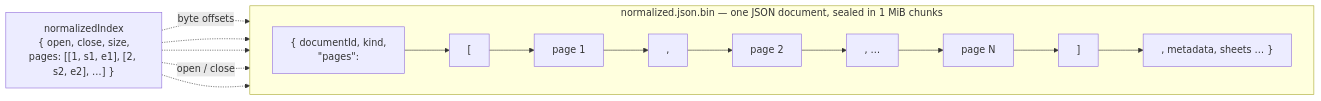
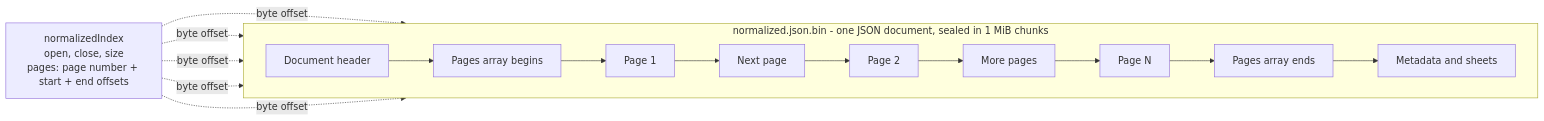
One commit to Anonify-v2-0/Anonify2.0 changed the fourth of 22 diagrams in docs/streaming.md. Above: the diagram before and after it, drawn with Mermaid.

Commit message:
Fix formatting in streaming.md for clarity

````diff
--- a/docs/streaming.md
+++ b/docs/streaming.md
@@ -110,12 +110,23 @@
 ```mermaid
 flowchart LR
-    subgraph JSON["normalized.json.bin — one JSON document, sealed in 1 MiB chunks"]
+    subgraph JSON["normalized.json.bin - one JSON document, sealed in 1 MiB chunks"]
         direction LR
-        H["{ documentId, kind,<br/>&quot;pages&quot;:"] --> O["["] --> P1["page 1"] --> C1[","] --> P2["page 2"] --> C2[", …"] --> PN["page N"] --> CL["]"] --> T[", metadata, sheets … }"]
+
+        H["Document header"] --> O["Pages array begins"]
+        O --> P1["Page 1"]
+        P1 --> C1["Next page"]
+        C1 --> P2["Page 2"]
+        P2 --> C2["More pages"]
+        C2 --> PN["Page N"]
+        PN --> CL["Pages array ends"]
+        CL --> T["Metadata and sheets"]
     end
-    I["normalizedIndex<br/>{ open, close, size,<br/>pages: [[1, s1, e1], [2, s2, e2], …] }"] -.->|"byte offsets"| P1
-    I -.-> P2
-    I -.-> PN
-    I -.->|"open / close"| O
-    I -.-> CL
+
+    I["normalizedIndex<br/>open, close, size<br/>pages: page number + start + end offsets"]
+
+    I -.->|"byte offset"| O
+    I -.->|"byte offset"| P1
+    I -.->|"byte offset"| P2
+    I -.->|"byte offset"| PN
+    I -.->|"byte offset"| CL
 ```
````
